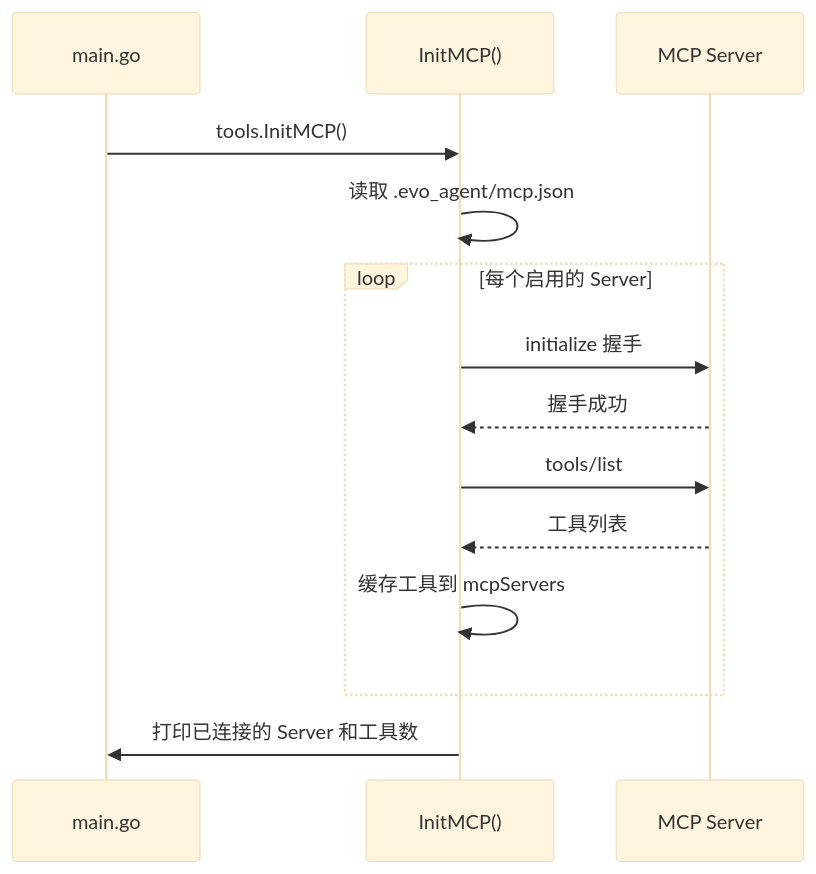
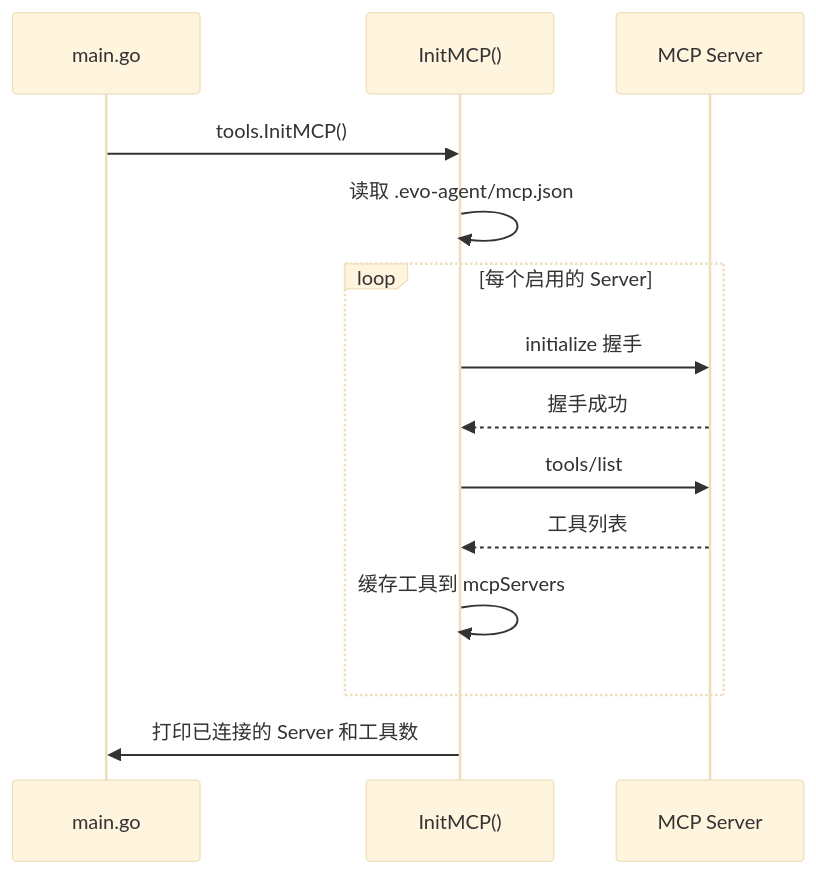
The fourth of 5 diagrams in blog/05-mcp.md (tiankonguse/evo-agent), drawn with Mermaid (base theme) before and after one commit. The commit also changed other lines of this file and 21 other files, not shown here.

Commit message:
refactor: rename .evo_agent to .evo-agent and update references

````diff
--- a/blog/05-mcp.md
+++ b/blog/05-mcp.md
@@ -363,17 +363,17 @@
 ```mermaid
 sequenceDiagram
     participant Main as main.go
     participant InitMCP as InitMCP()
     participant Server as MCP Server
 
     Main->>InitMCP: tools.InitMCP()
-    InitMCP->>InitMCP: 读取 .evo_agent/mcp.json
+    InitMCP->>InitMCP: 读取 .evo-agent/mcp.json
     loop 每个启用的 Server
         InitMCP->>Server: initialize 握手
         Server-->>InitMCP: 握手成功
         InitMCP->>Server: tools/list
         Server-->>InitMCP: 工具列表
         InitMCP->>InitMCP: 缓存工具到 mcpServers
     end
     InitMCP->>Main: 打印已连接的 Server 和工具数
 ```
````
